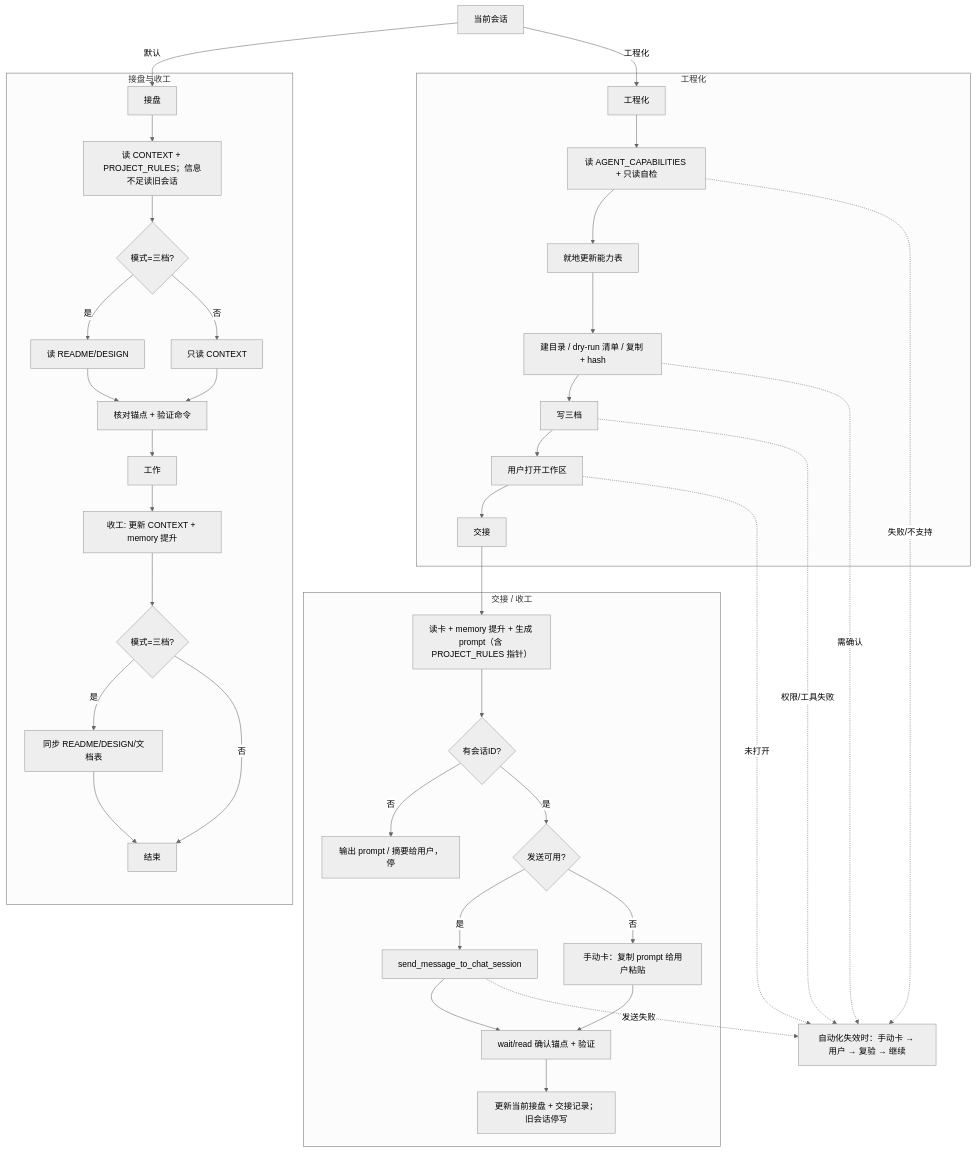
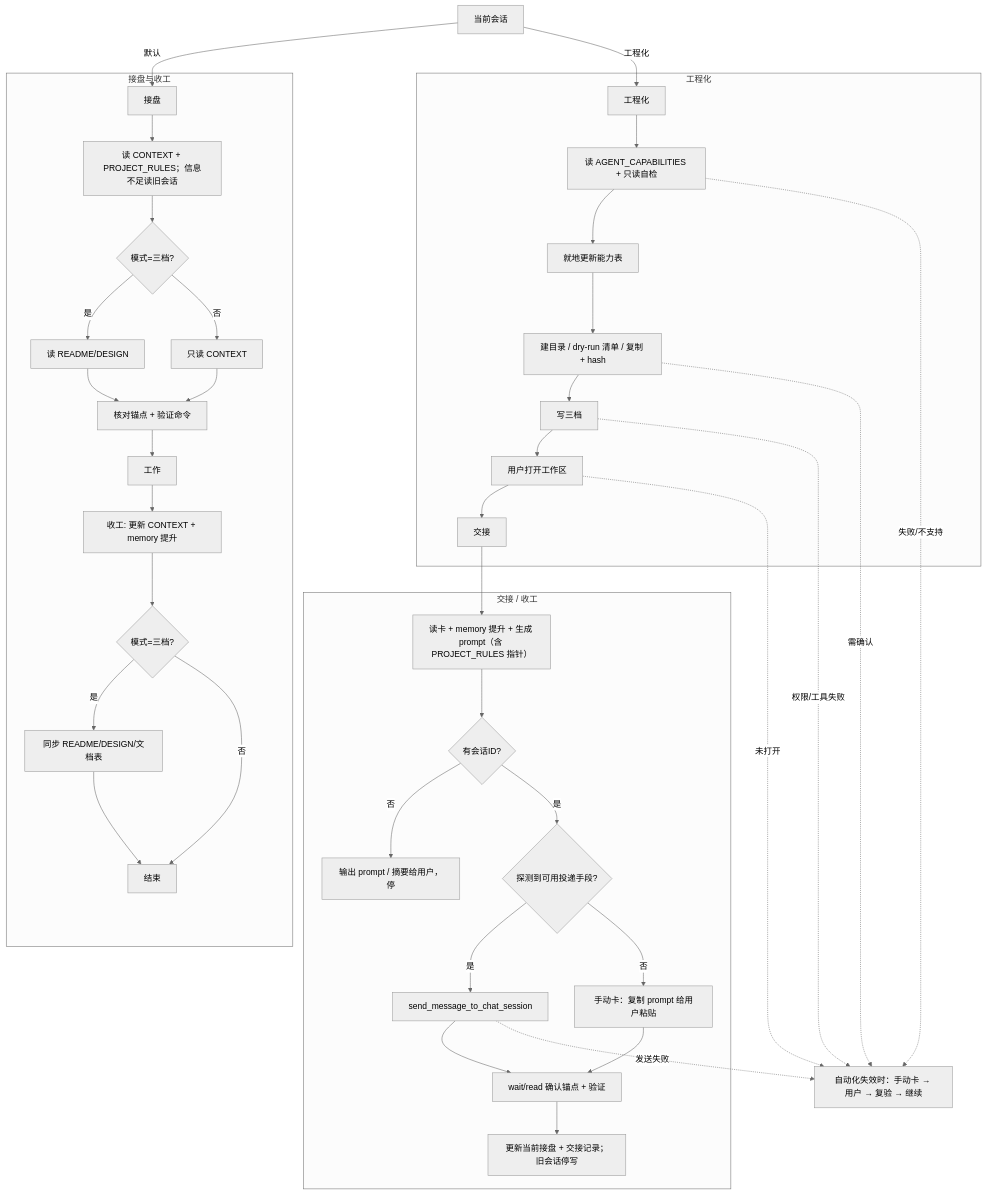
Before and after one commit to Lizardon386/multi-agent-task-handoff: the diagram in DESIGN.md, drawn with Mermaid (neutral theme). The commit also changed 2 other files, not shown here.

Commit message:
docs: 跨宿主先探测等价投递手段，再退人工

````diff
--- a/DESIGN.md
+++ b/DESIGN.md
@@ -51,47 +51,47 @@
 ```mermaid
 flowchart TD
   A[当前会话] -->|默认| B[接盘]
   A -->|工程化| M[工程化]
 
   subgraph START[接盘与收工]
     B --> C[读 CONTEXT + PROJECT_RULES；信息不足读旧会话]
     C --> D{模式=三档?}
     D -- 是 --> E[读 README/DESIGN]
     D -- 否 --> F[只读 CONTEXT]
     E --> G[核对锚点 + 验证命令]
     F --> G
     G --> H[工作]
     H --> I[收工: 更新 CONTEXT + memory 提升]
     I --> J{模式=三档?}
     J -- 是 --> K[同步 README/DESIGN/文档表]
     J -- 否 --> L[结束]
     K --> L
   end
 
   subgraph ENG[工程化]
     M --> N[读 AGENT_CAPABILITIES + 只读自检]
     N --> N1[就地更新能力表]
     N1 --> O[建目录 / dry-run 清单 / 复制 + hash]
     O --> P[写三档]
     P --> Q[用户打开工作区]
     Q --> R[交接]
   end
 
   subgraph HAND[交接 / 收工]
     R --> S[读卡 + memory 提升 + 生成 prompt（含 PROJECT_RULES 指针）]
     S --> T{有会话ID?}
     T -- 否 --> V0[输出 prompt / 摘要给用户，停]
-    T -- 是 --> T2{发送可用?}
+    T -- 是 --> T2{探测到可用投递手段?}
     T2 -- 是 --> U[send_message_to_chat_session]
     T2 -- 否 --> V[手动卡：复制 prompt 给用户粘贴]
     U --> W[wait/read 确认锚点 + 验证]
     V --> W
     W --> X[更新当前接盘 + 交接记录；旧会话停写]
   end
 
   N -.失败/不支持.-> Z[自动化失效时：手动卡 → 用户 → 复验 → 继续]
   O -.需确认.-> Z
   P -.权限/工具失败.-> Z
   Q -.未打开.-> Z
   U -.发送失败.-> Z
 ```
````
